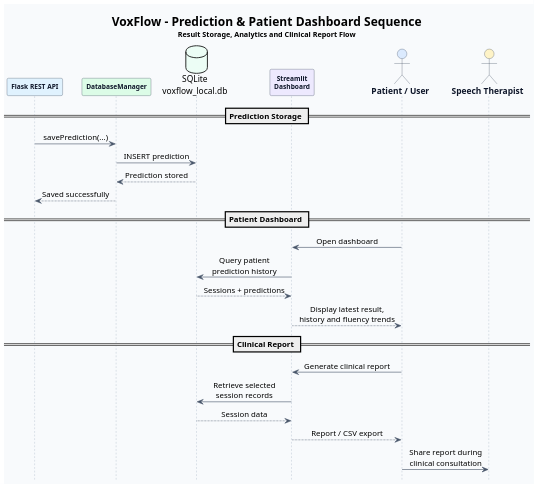
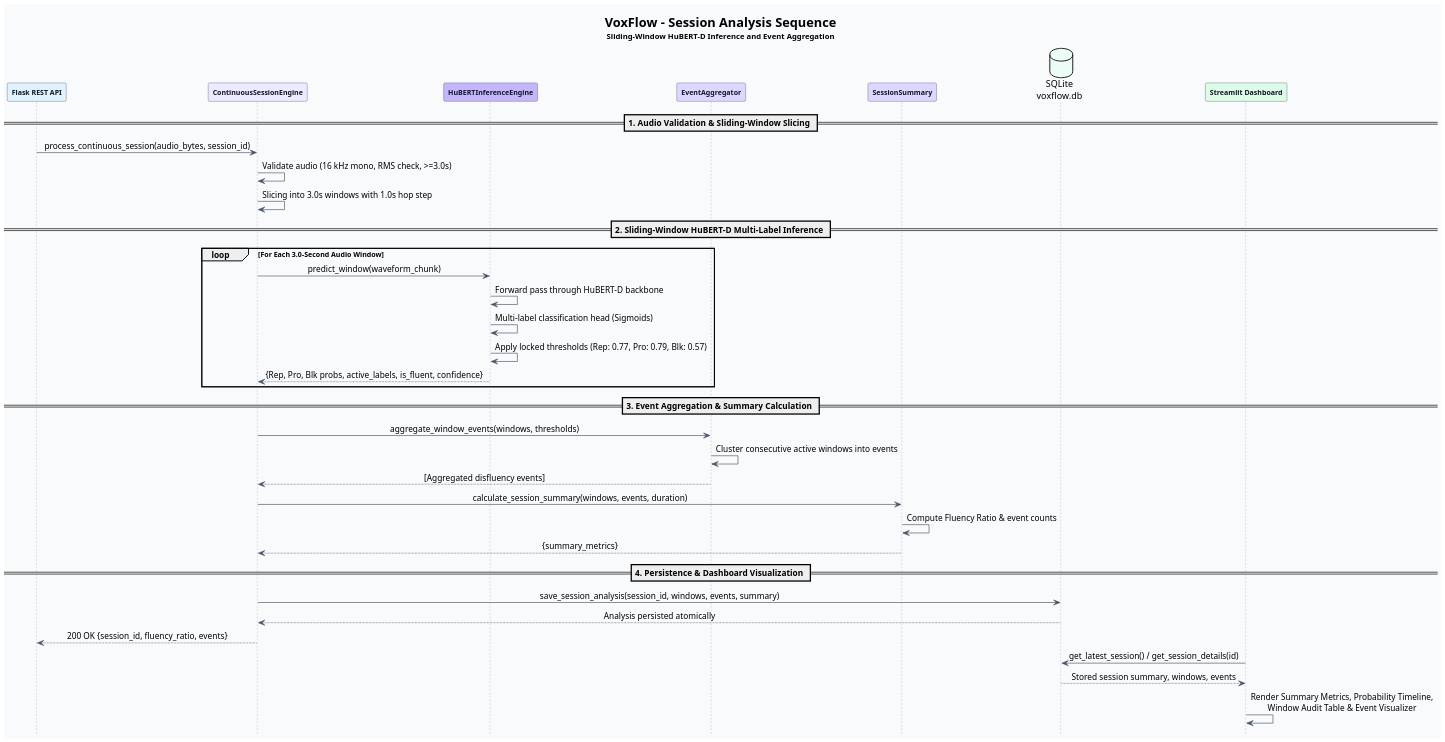
The diagram in VoxFlow_uml/VoxFlow_uml/uml/04_prediction_sequence.puml (PetaSivaNandhanReddy/voxflow), drawn with PlantUML before and after one commit. The commit also changed 31 other files, not shown here.

Commit message:
docs: align uml architecture with final voxflow system

```diff
--- a/VoxFlow_uml/VoxFlow_uml/uml/04_prediction_sequence.puml
+++ b/VoxFlow_uml/VoxFlow_uml/uml/04_prediction_sequence.puml
@@ -1,68 +1,76 @@
 @startuml
-
-title <size:20><b>VoxFlow - Prediction & Patient Dashboard Sequence</b></size>\n<size:12>Result Storage, Analytics and Clinical Report Flow</size>
+title <size:20><b>VoxFlow - Session Analysis Sequence</b></size>\n<size:12>Sliding-Window HuBERT-D Inference and Event Aggregation</size>
 
 hide footbox
 
 skinparam backgroundColor #F8FAFC
 skinparam shadowing false
-skinparam dpi 160
+skinparam dpi 170
 
 skinparam sequence {
     ArrowColor #475569
     LifeLineBorderColor #94A3B8
     LifeLineBackgroundColor #F8FAFC
 
     ParticipantBorderColor #334155
     ParticipantBackgroundColor #FFFFFF
     ParticipantFontColor #0F172A
     ParticipantFontStyle bold
 
     ActorBorderColor #334155
     ActorBackgroundColor #DBEAFE
     ActorFontColor #0F172A
     ActorFontStyle bold
 }
 
 skinparam participant {
     FontSize 11
 }
 
 skinparam sequenceMessageAlign center
 
+participant "Flask REST API" as API #E0F2FE
+participant "ContinuousSessionEngine" as Engine #EDE9FE
+participant "HuBERTInferenceEngine" as HuBERT #C4B5FD
+participant "EventAggregator" as Aggregator #DDD6FE
+participant "SessionSummary" as Summary #DDD6FE
+database "SQLite\nvoxflow.db" as DB #ECFDF5
+participant "Streamlit Dashboard" as UI #DCFCE7
 
-participant "Flask REST API" as API #E0F2FE
-participant "DatabaseManager" as DBManager #DCFCE7
-database "SQLite\nvoxflow_local.db" as DB #ECFDF5
-participant "Streamlit\nDashboard" as UI #EDE9FE
-actor "Patient / User" as Patient #DBEAFE
-actor "Speech Therapist" as Therapist #FEF3C7
+== 1. Audio Validation & Sliding-Window Slicing ==
 
+API -> Engine : process_continuous_session(audio_bytes, session_id)
+Engine -> Engine : Validate audio (16 kHz mono, RMS check, >=3.0s)
+Engine -> Engine : Slicing into 3.0s windows with 1.0s hop step
 
-== Prediction Storage ==
+== 2. Sliding-Window HuBERT-D Multi-Label Inference ==
 
-API -> DBManager : savePrediction(...)
-DBManager -> DB : INSERT prediction
-DB --> DBManager : Prediction stored
-DBManager --> API : Saved successfully
+loop For Each 3.0-Second Audio Window
+    Engine -> HuBERT : predict_window(waveform_chunk)
+    HuBERT -> HuBERT : Forward pass through HuBERT-D backbone
+    HuBERT -> HuBERT : Multi-label classification head (Sigmoids)
+    HuBERT -> HuBERT : Apply locked thresholds (Rep: 0.77, Pro: 0.79, Blk: 0.57)
+    HuBERT --> Engine : {Rep, Pro, Blk probs, active_labels, is_fluent, confidence}
+end
 
+== 3. Event Aggregation & Summary Calculation ==
 
-== Patient Dashboard ==
+Engine -> Aggregator : aggregate_window_events(windows, thresholds)
+Aggregator -> Aggregator : Cluster consecutive active windows into events
+Aggregator --> Engine : [Aggregated disfluency events]
 
-Patient -> UI : Open dashboard
-UI -> DB : Query patient\nprediction history
-DB --> UI : Sessions + predictions
+Engine -> Summary : calculate_session_summary(windows, events, duration)
+Summary -> Summary : Compute Fluency Ratio & event counts
+Summary --> Engine : {summary_metrics}
 
-UI --> Patient : Display latest result,\nhistory and fluency trends
+== 4. Persistence & Dashboard Visualization ==
 
+Engine -> DB : save_session_analysis(session_id, windows, events, summary)
+DB --> Engine : Analysis persisted atomically
+Engine --> API : 200 OK {session_id, fluency_ratio, events}
 
-== Clinical Report ==
-
-Patient -> UI : Generate clinical report
-UI -> DB : Retrieve selected\nsession records
-DB --> UI : Session data
-
-UI --> Patient : Report / CSV export
-Patient -> Therapist : Share report during\nclinical consultation
+UI -> DB : get_latest_session() / get_session_details(id)
+DB --> UI : Stored session summary, windows, events
+UI -> UI : Render Summary Metrics, Probability Timeline,\nWindow Audit Table & Event Visualizer
 
 @enduml
```
